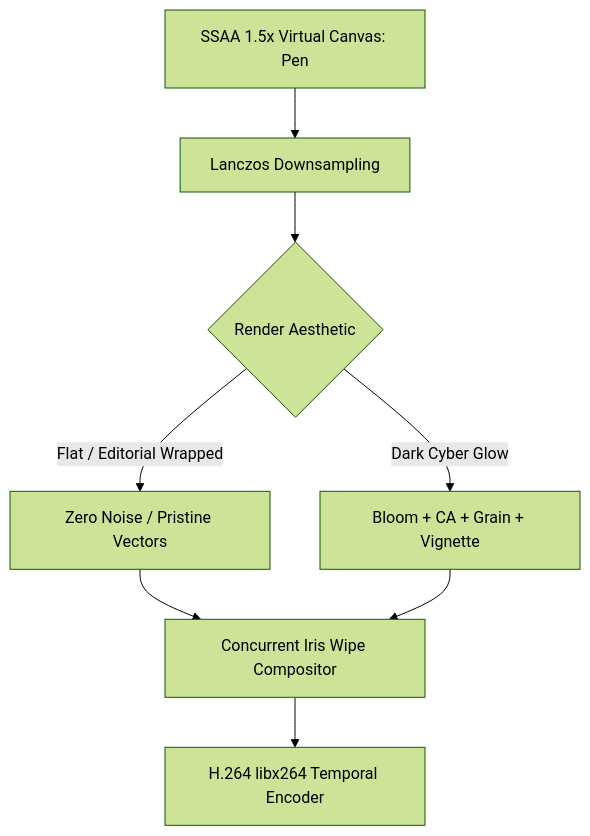
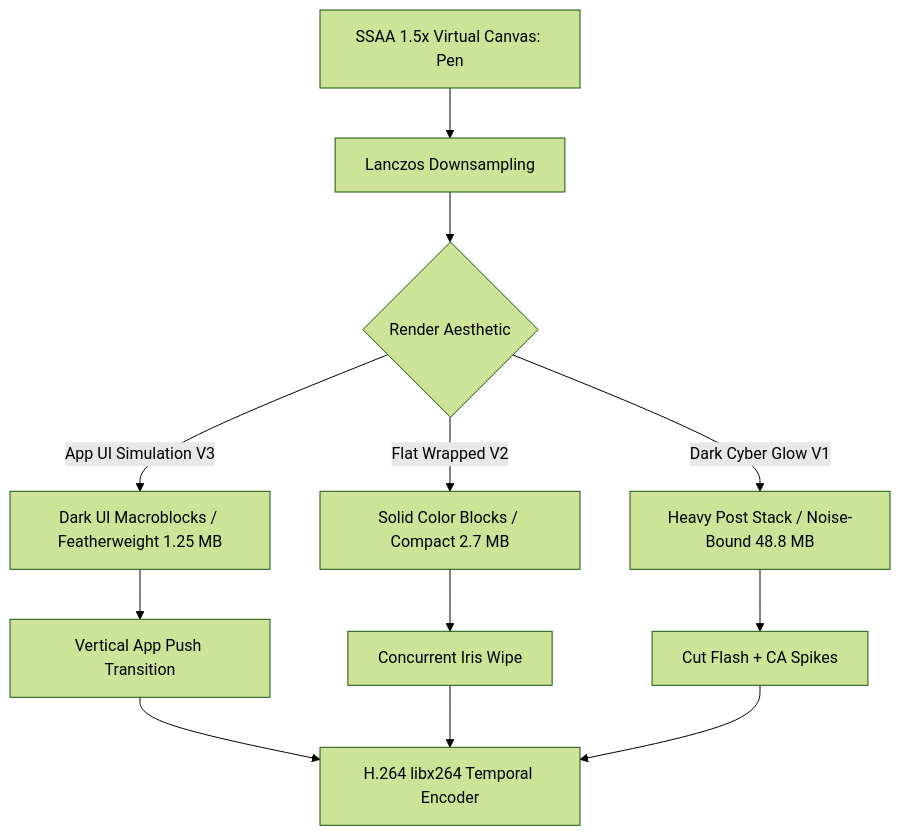
The diagram in references/compositing-pipeline.md (gnustella-lab/procedural-motion-graphics), drawn with Mermaid (forest theme) before and after one commit. The commit also changed other lines of this file and 14 other files, not shown here.

Commit message:
feat: introduce App UI and native product simulation pillar (V3 desired architecture)

````diff
--- a/references/compositing-pipeline.md
+++ b/references/compositing-pipeline.md
@@ -5,10 +5,14 @@
 ```mermaid
 flowchart TD
     A[SSAA 1.5x Virtual Canvas: Pen] --> B[Lanczos Downsampling]
     B --> C{Render Aesthetic}
-    C -->|Flat / Editorial Wrapped| D[Zero Noise / Pristine Vectors]
-    C -->|Dark Cyber Glow| E[Bloom + CA + Grain + Vignette]
-    D --> F[Concurrent Iris Wipe Compositor]
-    E --> F
-    F --> G[H.264 libx264 Temporal Encoder]
+    C -->|App UI Simulation V3| D[Dark UI Macroblocks / Featherweight 1.25 MB]
+    C -->|Flat Wrapped V2| E[Solid Color Blocks / Compact 2.7 MB]
+    C -->|Dark Cyber Glow V1| F[Heavy Post Stack / Noise-Bound 48.8 MB]
+    D --> G[Vertical App Push Transition]
+    E --> H[Concurrent Iris Wipe]
+    F --> I[Cut Flash + CA Spikes]
+    G --> OUT[H.264 libx264 Temporal Encoder]
+    H --> OUT
+    I --> OUT
 ```
````
